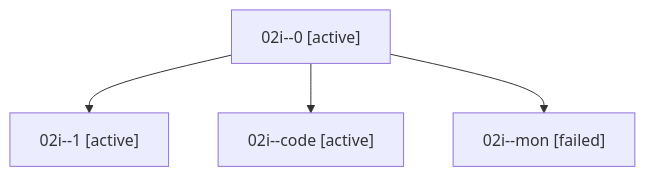
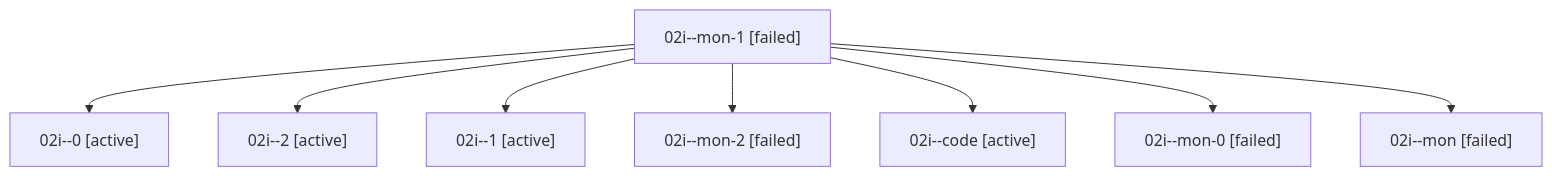
One commit to sase-org/sase--agents changed the diagram in families/bbugyi200.athena.02i.md. Above: the diagram before and after it, drawn with Mermaid. The commit also changed other lines of this file and 98 other files, not shown here.

````diff
--- a/families/bbugyi200.athena.02i.md
+++ b/families/bbugyi200.athena.02i.md
@@ -9,10 +9,18 @@
 ```mermaid
 flowchart TD
-  n0["02i--0 [active]"]
-  n1["02i--1 [active]"]
+  n0["02i--mon-1 [failed]"]
+  n1["02i--0 [active]"]
   n0 --> n1
-  n2["02i--code [active]"]
+  n2["02i--2 [active]"]
   n0 --> n2
-  n3["02i--mon [failed]"]
+  n3["02i--1 [active]"]
   n0 --> n3
+  n4["02i--mon-2 [failed]"]
+  n0 --> n4
+  n5["02i--code [active]"]
+  n0 --> n5
+  n6["02i--mon-0 [failed]"]
+  n0 --> n6
+  n7["02i--mon [failed]"]
+  n0 --> n7
 ```
````
